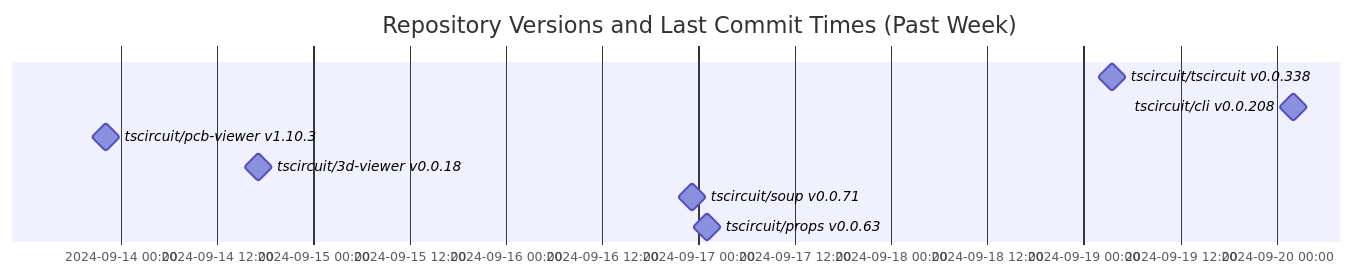
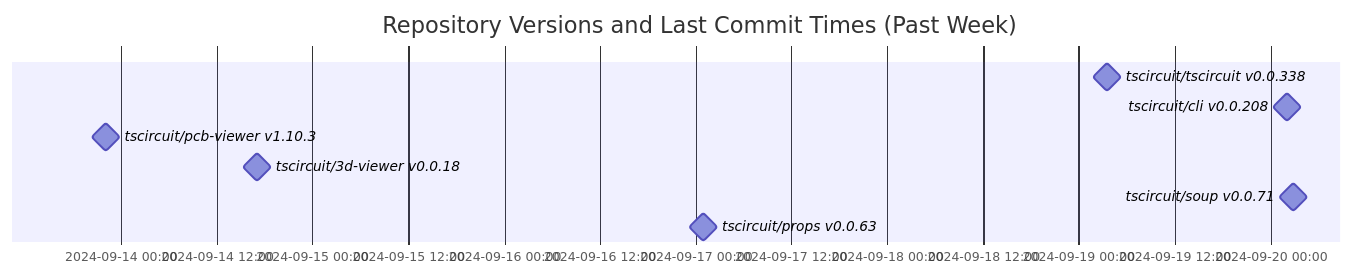
Before and after one commit to tscircuit/version-tracker: the diagram in README.md, drawn with Mermaid.

Commit message:
Update chart

````diff
--- a/README.md
+++ b/README.md
@@ -1,13 +1,13 @@
 ```mermaid
 gantt
   dateFormat  YYYY-MM-DD HH:mm:ss
   title Repository Versions and Last Commit Times (Past Week)
   axisFormat %Y-%m-%d %H:%M
 
   tscircuit/tscircuit v0.0.338 : milestone, 2024-09-19 03:33:35, 1s
   tscircuit/cli v0.0.208 : milestone, 2024-09-20 02:05:42, 1s
   tscircuit/pcb-viewer v1.10.3 : milestone, 2024-09-13 22:06:50, 1s
   tscircuit/3d-viewer v0.0.18 : milestone, 2024-09-14 17:06:37, 1s
-  tscircuit/soup v0.0.71 : milestone, 2024-09-16 23:07:32, 1s
+  tscircuit/soup v0.0.71 : milestone, 2024-09-20 02:53:35, 1s
   tscircuit/props v0.0.63 : milestone, 2024-09-17 00:58:09, 1s
 ```
````
